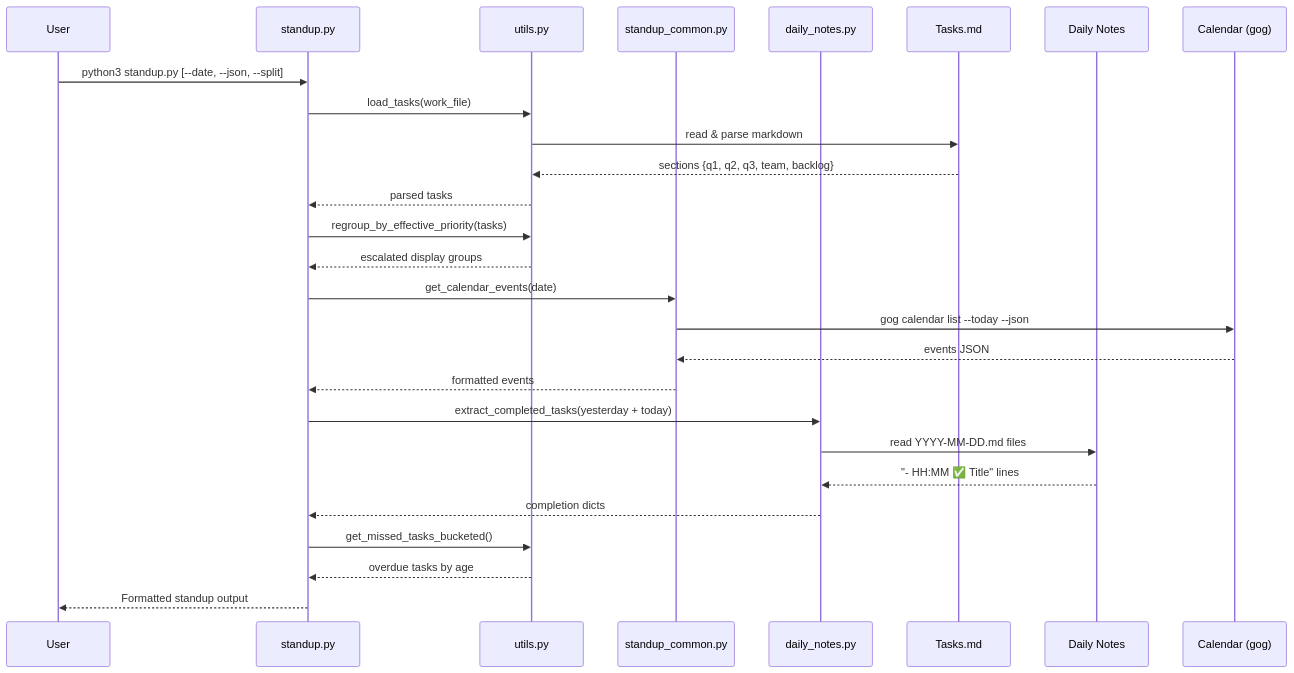
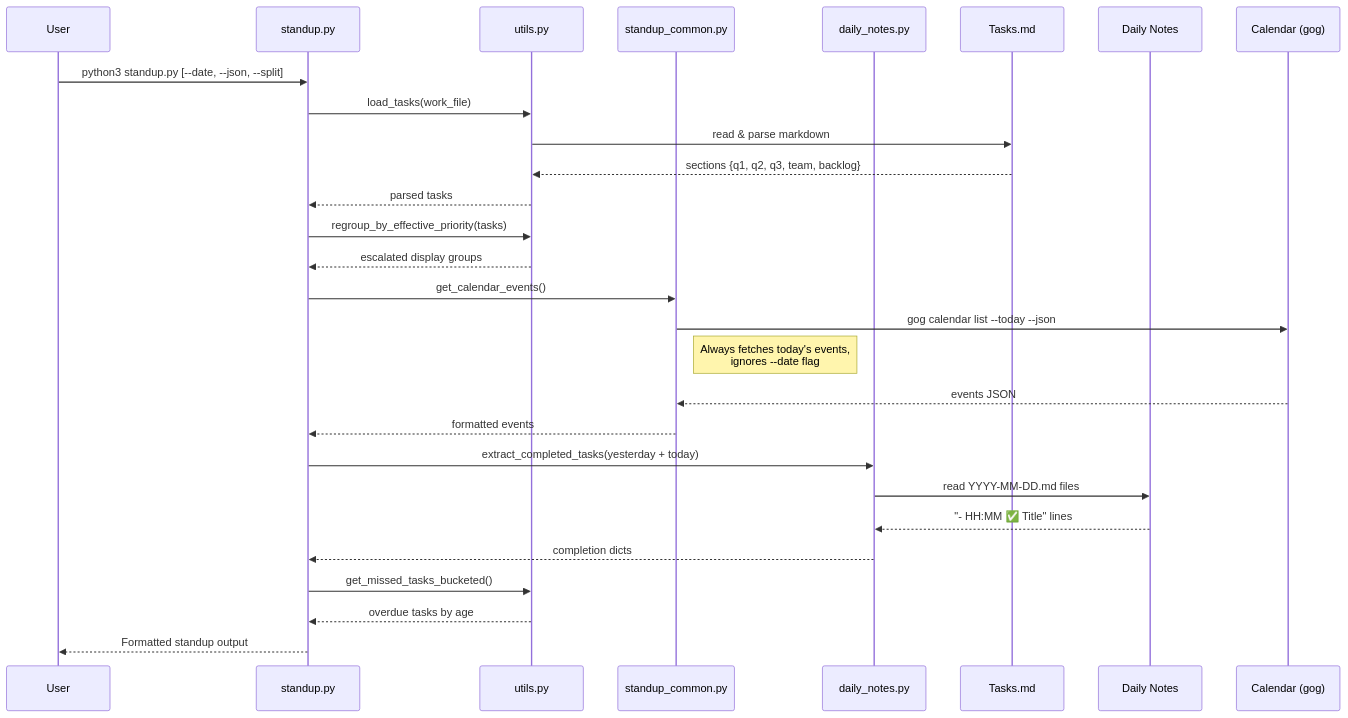
One commit to kesslerio/task-tracker-openclaw-skill changed the sixth of 6 diagrams in docs/ARCHITECTURE.md. Above: the diagram before and after it, drawn with Mermaid. The commit also changed other lines of this file, not shown here.

First line of the commit message:
docs: fix --split flag and calendar date accuracy

````diff
--- a/docs/ARCHITECTURE.md
+++ b/docs/ARCHITECTURE.md
@@ -202,36 +202,37 @@
 ```mermaid
 sequenceDiagram
     participant User
     participant standup as standup.py
     participant utils as utils.py
     participant sc as standup_common.py
     participant dn as daily_notes.py
     participant board as Tasks.md
     participant notes as Daily Notes
     participant cal as Calendar (gog)
 
     User->>standup: python3 standup.py [--date, --json, --split]
 
     standup->>utils: load_tasks(work_file)
     utils->>board: read & parse markdown
     board-->>utils: sections {q1, q2, q3, team, backlog}
     utils-->>standup: parsed tasks
 
     standup->>utils: regroup_by_effective_priority(tasks)
     utils-->>standup: escalated display groups
 
-    standup->>sc: get_calendar_events(date)
+    standup->>sc: get_calendar_events()
     sc->>cal: gog calendar list --today --json
+    Note right of sc: Always fetches today's events,<br/>ignores --date flag
     cal-->>sc: events JSON
     sc-->>standup: formatted events
 
     standup->>dn: extract_completed_tasks(yesterday + today)
     dn->>notes: read YYYY-MM-DD.md files
     notes-->>dn: "- HH:MM ✅ Title" lines
     dn-->>standup: completion dicts
 
     standup->>utils: get_missed_tasks_bucketed()
     utils-->>standup: overdue tasks by age
 
     standup-->>User: Formatted standup output
 ```
````
